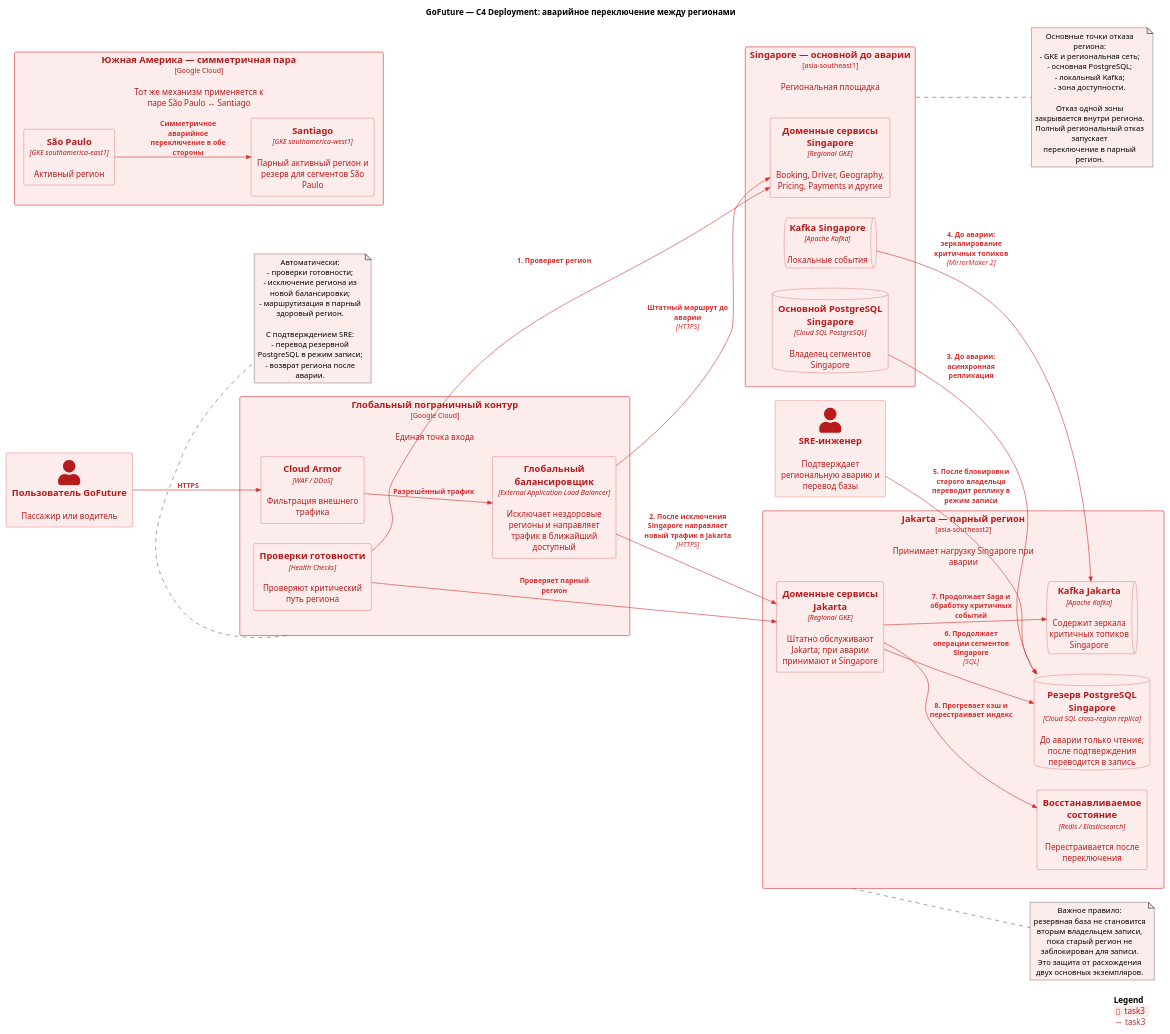
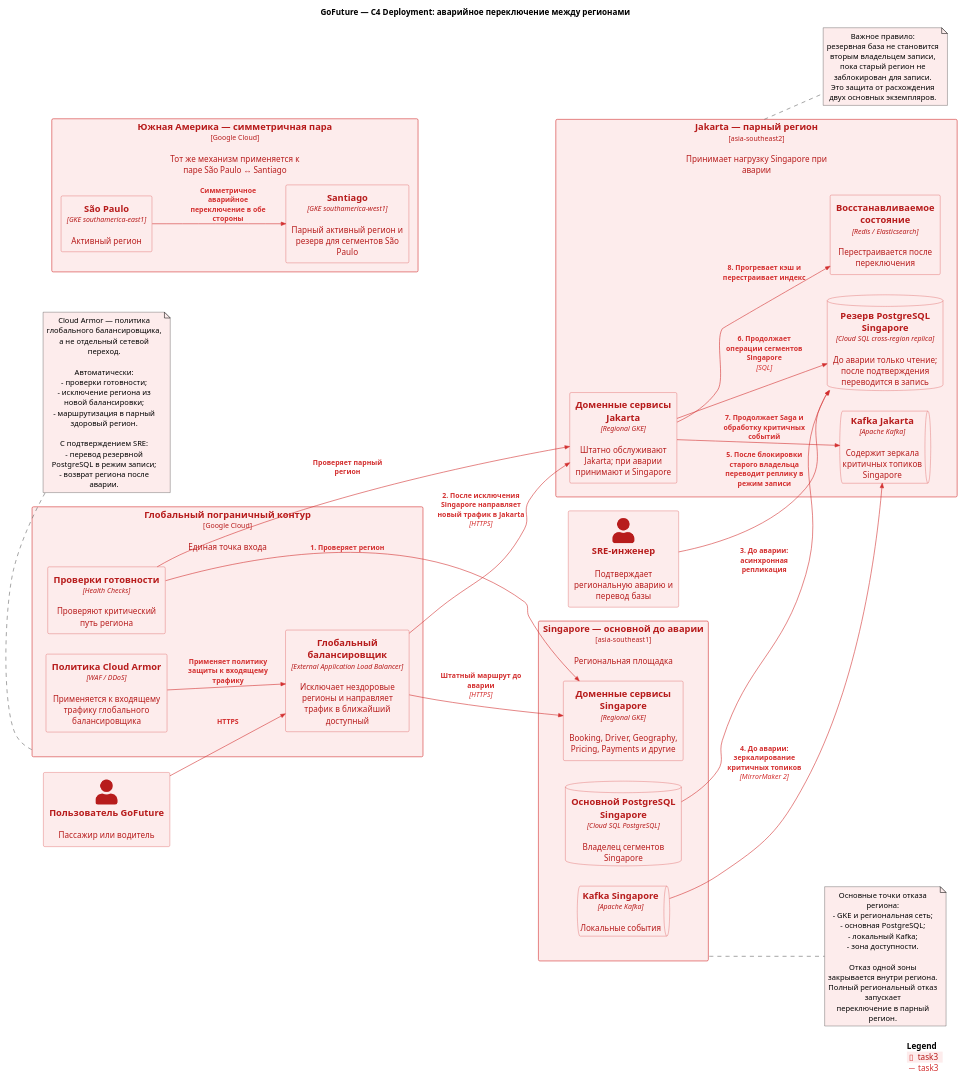
The diagram in Task3/failover.puml (FFinn/MSA-GoFuture-v1), drawn with PlantUML before and after one commit.

Commit message:
Task3: уточнить C4 аварийного переключения

```diff
--- a/Task3/failover.puml
+++ b/Task3/failover.puml
@@ -1,85 +1,88 @@
 @startuml GoFuture_Failover_Task3
 !include https://raw.githubusercontent.com/plantuml-stdlib/C4-PlantUML/master/C4_Deployment.puml
 
 LAYOUT_LEFT_RIGHT()
 
 title GoFuture — C4 Deployment: аварийное переключение между регионами
 
 AddElementTag("task3", $bgColor="#FDECEC", $fontColor="#B71C1C", $borderColor="#D32F2F")
 AddRelTag("task3", $textColor="#D32F2F", $lineColor="#D32F2F")
 
 Person(user, "Пользователь GoFuture", "Пассажир или водитель", $tags="task3")
 Person(sre, "SRE-инженер", "Подтверждает региональную аварию и перевод базы", $tags="task3")
 
 Deployment_Node(edge, "Глобальный пограничный контур", "Google Cloud", "Единая точка входа", $tags="task3") {
-    Container(waf, "Cloud Armor", "WAF / DDoS", "Фильтрация внешнего трафика", $tags="task3")
+    Container(waf, "Политика Cloud Armor", "WAF / DDoS", "Применяется к входящему трафику глобального балансировщика", $tags="task3")
     Container(lb, "Глобальный балансировщик", "External Application Load Balancer", "Исключает нездоровые регионы и направляет трафик в ближайший доступный", $tags="task3")
     Container(health, "Проверки готовности", "Health Checks", "Проверяют критический путь региона", $tags="task3")
 }
 
 Deployment_Node(sg, "Singapore — основной до аварии", "asia-southeast1", "Региональная площадка", $tags="task3") {
     Container(sg_api, "Доменные сервисы Singapore", "Regional GKE", "Booking, Driver, Geography, Pricing, Payments и другие", $tags="task3")
     ContainerDb(sg_db, "Основной PostgreSQL Singapore", "Cloud SQL PostgreSQL", "Владелец сегментов Singapore", $tags="task3")
     ContainerQueue(sg_kafka, "Kafka Singapore", "Apache Kafka", "Локальные события", $tags="task3")
 }
 
 Deployment_Node(jk, "Jakarta — парный регион", "asia-southeast2", "Принимает нагрузку Singapore при аварии", $tags="task3") {
     Container(jk_api, "Доменные сервисы Jakarta", "Regional GKE", "Штатно обслуживают Jakarta; при аварии принимают и Singapore", $tags="task3")
     ContainerDb(sg_dr_db, "Резерв PostgreSQL Singapore", "Cloud SQL cross-region replica", "До аварии только чтение; после подтверждения переводится в запись", $tags="task3")
     ContainerQueue(jk_kafka, "Kafka Jakarta", "Apache Kafka", "Содержит зеркала критичных топиков Singapore", $tags="task3")
     Container(redis_rebuild, "Восстанавливаемое состояние", "Redis / Elasticsearch", "Перестраивается после переключения", $tags="task3")
 }
 
 Deployment_Node(sa_pair, "Южная Америка — симметричная пара", "Google Cloud", "Тот же механизм применяется к паре São Paulo ↔ Santiago", $tags="task3") {
     Container(sp, "São Paulo", "GKE southamerica-east1", "Активный регион", $tags="task3")
     Container(sc, "Santiago", "GKE southamerica-west1", "Парный активный регион и резерв для сегментов São Paulo", $tags="task3")
 }
 
-Rel(user, waf, "HTTPS", $tags="task3")
-Rel(waf, lb, "Разрешённый трафик", $tags="task3")
+Rel(user, lb, "HTTPS", $tags="task3")
+Rel(waf, lb, "Применяет политику защиты к входящему трафику", $tags="task3")
 Rel(health, sg_api, "1. Проверяет регион", $tags="task3")
 Rel(health, jk_api, "Проверяет парный регион", $tags="task3")
 Rel(lb, sg_api, "Штатный маршрут до аварии", "HTTPS", $tags="task3")
 Rel(lb, jk_api, "2. После исключения Singapore направляет новый трафик в Jakarta", "HTTPS", $tags="task3")
 
 Rel(sg_db, sg_dr_db, "3. До аварии: асинхронная репликация", $tags="task3")
 Rel(sg_kafka, jk_kafka, "4. До аварии: зеркалирование критичных топиков", "MirrorMaker 2", $tags="task3")
 Rel(sre, sg_dr_db, "5. После блокировки старого владельца переводит реплику в режим записи", $tags="task3")
 Rel(jk_api, sg_dr_db, "6. Продолжает операции сегментов Singapore", "SQL", $tags="task3")
 Rel(jk_api, jk_kafka, "7. Продолжает Saga и обработку критичных событий", $tags="task3")
 Rel(jk_api, redis_rebuild, "8. Прогревает кэш и перестраивает индекс", $tags="task3")
 
 Rel(sp, sc, "Симметричное аварийное переключение в обе стороны", $tags="task3")
 
 note right of sg #FDECEC
   Основные точки отказа региона:
   - GKE и региональная сеть;
   - основная PostgreSQL;
   - локальный Kafka;
   - зона доступности.
 
   Отказ одной зоны закрывается внутри региона.
   Полный региональный отказ запускает
   переключение в парный регион.
 end note
 
 note right of jk #FDECEC
   Важное правило:
   резервная база не становится вторым владельцем записи,
   пока старый регион не заблокирован для записи.
   Это защита от расхождения двух основных экземпляров.
 end note
 
 note bottom of edge #FDECEC
+  Cloud Armor — политика глобального балансировщика,
+  а не отдельный сетевой переход.
+
   Автоматически:
   - проверки готовности;
   - исключение региона из новой балансировки;
   - маршрутизация в парный здоровый регион.
 
   С подтверждением SRE:
   - перевод резервной PostgreSQL в режим записи;
   - возврат региона после аварии.
 end note
 
 SHOW_LEGEND()
 @enduml
```
